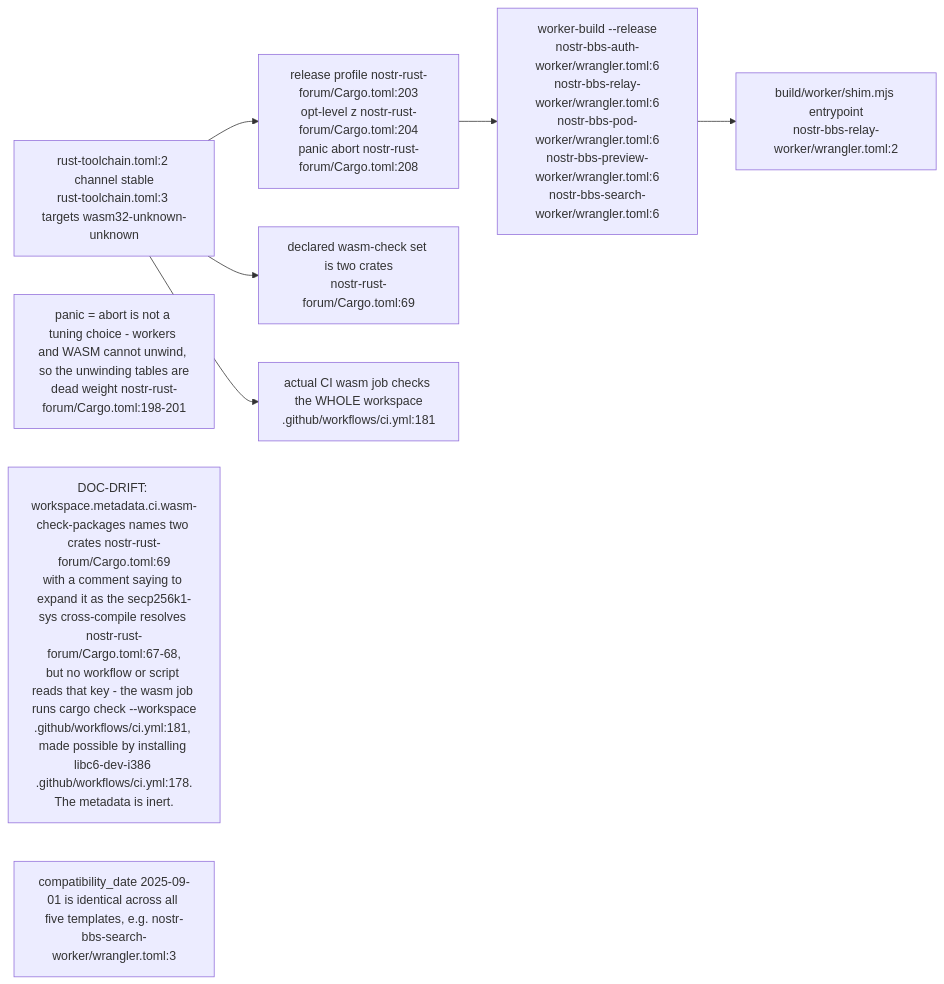
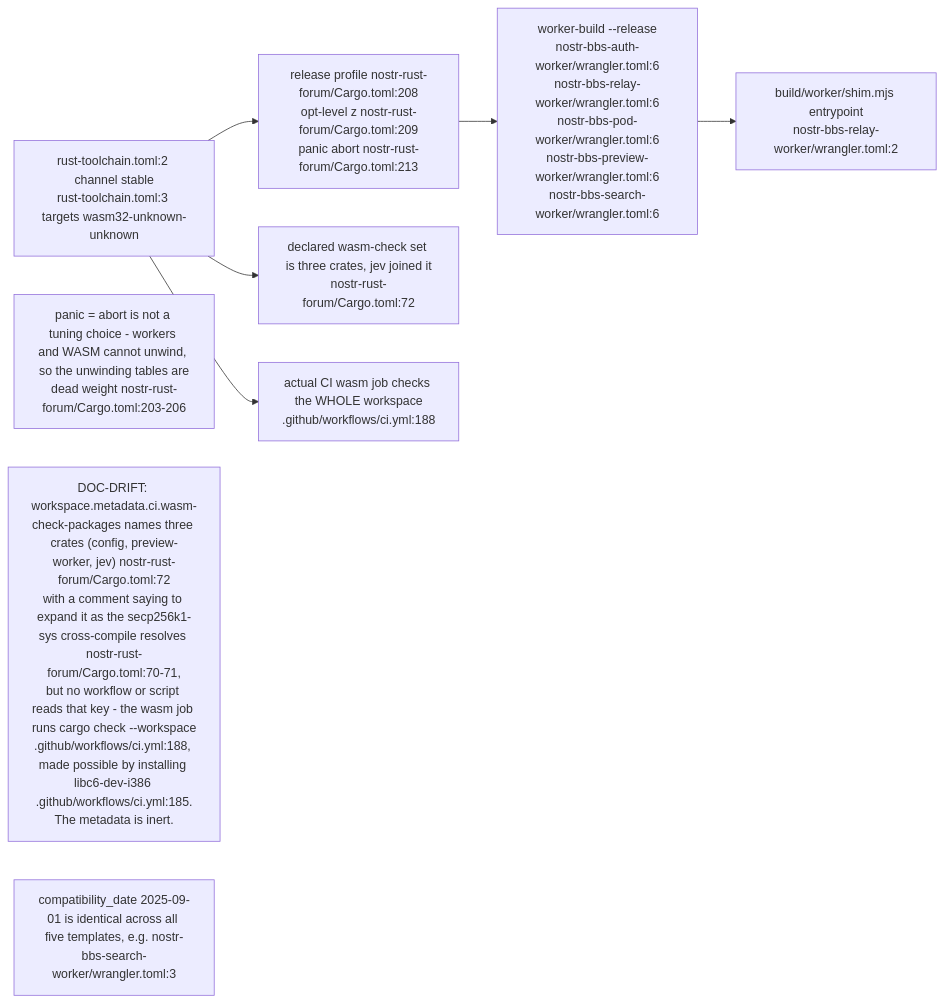
Before and after one commit to DreamLab-AI/VisionFlow: the second of 6 diagrams in docs/diagrams/nostr-rust-forum/01-workspace-and-worker-topology.md, drawn with Mermaid. The commit also changed other lines of this file and 160 other files, not shown here.

````diff
--- a/docs/diagrams/nostr-rust-forum/01-workspace-and-worker-topology.md
+++ b/docs/diagrams/nostr-rust-forum/01-workspace-and-worker-topology.md
@@ -92,17 +102,17 @@
 ```mermaid
 flowchart LR
     TC["rust-toolchain.toml:2 channel stable<br/>rust-toolchain.toml:3 targets wasm32-unknown-unknown"]
-    PROF["release profile nostr-rust-forum/Cargo.toml:203<br/>opt-level z nostr-rust-forum/Cargo.toml:204<br/>panic abort nostr-rust-forum/Cargo.toml:208"]
+    PROF["release profile nostr-rust-forum/Cargo.toml:208<br/>opt-level z nostr-rust-forum/Cargo.toml:209<br/>panic abort nostr-rust-forum/Cargo.toml:213"]
     WB["worker-build --release<br/>nostr-bbs-auth-worker/wrangler.toml:6<br/>nostr-bbs-relay-worker/wrangler.toml:6<br/>nostr-bbs-pod-worker/wrangler.toml:6<br/>nostr-bbs-preview-worker/wrangler.toml:6<br/>nostr-bbs-search-worker/wrangler.toml:6"]
     SHIM["build/worker/shim.mjs entrypoint<br/>nostr-bbs-relay-worker/wrangler.toml:2"]
-    CIW["declared wasm-check set is two crates<br/>nostr-rust-forum/Cargo.toml:69"]
-    CIJOB["actual CI wasm job checks the WHOLE workspace<br/>.github/workflows/ci.yml:181"]
+    CIW["declared wasm-check set is three crates, jev joined it<br/>nostr-rust-forum/Cargo.toml:72"]
+    CIJOB["actual CI wasm job checks the WHOLE workspace<br/>.github/workflows/ci.yml:188"]
 
     TC --> PROF --> WB --> SHIM
     TC --> CIW
     TC --> CIJOB
 
-    N1["panic = abort is not a tuning choice - workers and WASM cannot unwind, so the unwinding tables are<br/>dead weight nostr-rust-forum/Cargo.toml:198-201"]
-    N2["DOC-DRIFT: workspace.metadata.ci.wasm-check-packages names two crates nostr-rust-forum/Cargo.toml:69<br/>with a comment saying to expand it as the secp256k1-sys cross-compile resolves nostr-rust-forum/Cargo.toml:67-68,<br/>but no workflow or script reads that key - the wasm job runs cargo check --workspace<br/>.github/workflows/ci.yml:181, made possible by installing libc6-dev-i386 .github/workflows/ci.yml:178.<br/>The metadata is inert."]
+    N1["panic = abort is not a tuning choice - workers and WASM cannot unwind, so the unwinding tables are<br/>dead weight nostr-rust-forum/Cargo.toml:203-206"]
+    N2["DOC-DRIFT: workspace.metadata.ci.wasm-check-packages names three crates (config, preview-worker, jev) nostr-rust-forum/Cargo.toml:72<br/>with a comment saying to expand it as the secp256k1-sys cross-compile resolves nostr-rust-forum/Cargo.toml:70-71,<br/>but no workflow or script reads that key - the wasm job runs cargo check --workspace<br/>.github/workflows/ci.yml:188, made possible by installing libc6-dev-i386 .github/workflows/ci.yml:185.<br/>The metadata is inert."]
     N3["compatibility_date 2025-09-01 is identical across all five templates, e.g. nostr-bbs-search-worker/wrangler.toml:3"]
 ```
````
